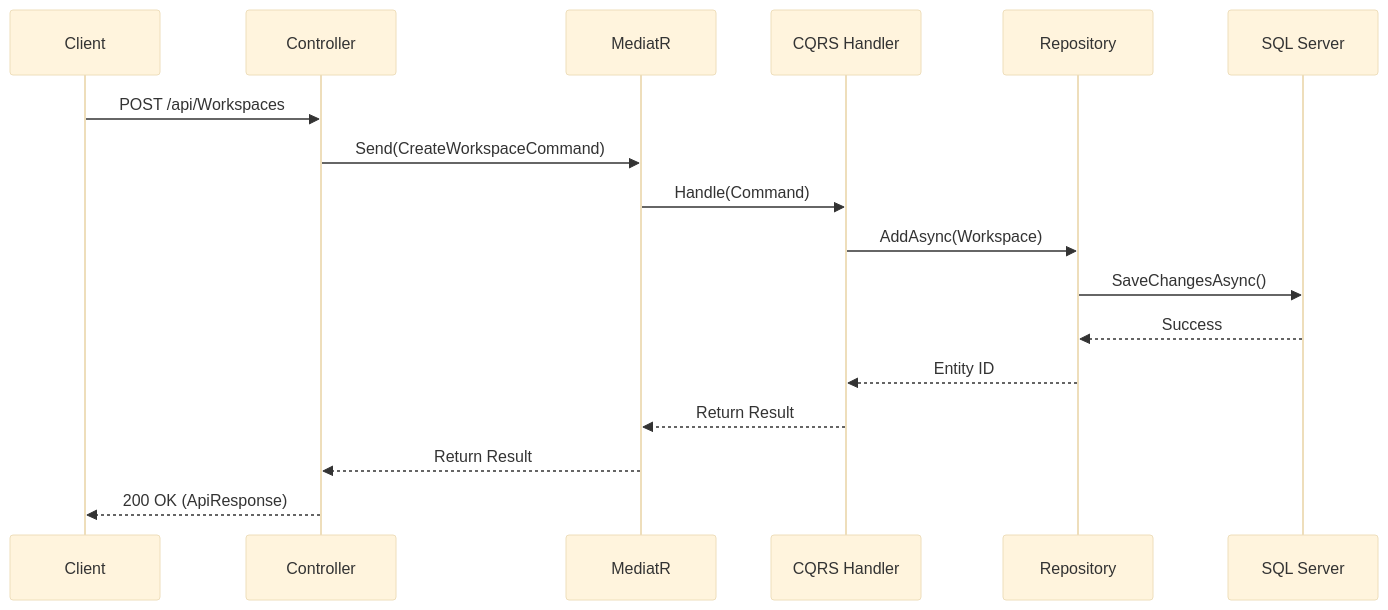
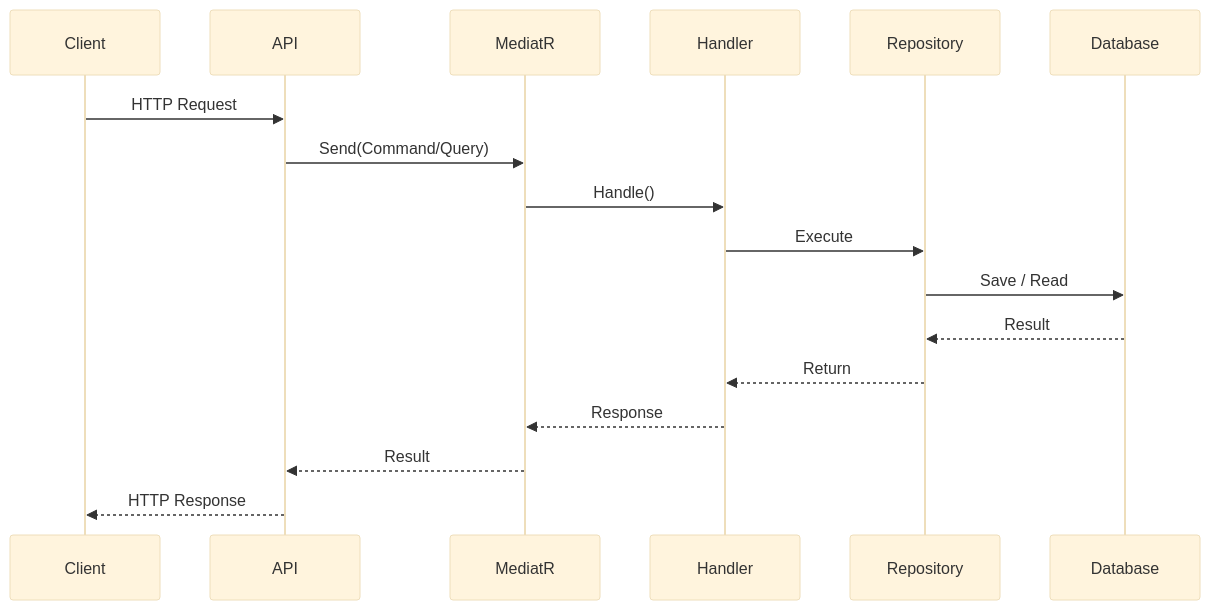
One commit to MuhammadBilal64/DevFlow changed the fourth of 4 diagrams in README.md. Above: the diagram before and after it, drawn with Mermaid (base theme). The commit also changed other lines of this file, not shown here.

````diff
--- a/README.md
+++ b/README.md
@@ -169,20 +318,35 @@
 ```mermaid
 sequenceDiagram
-    participant Client
-    participant API as Controller
-    participant MediatR
-    participant Handler as CQRS Handler
-    participant Repo as Repository
-    participant DB as SQL Server
-    
-    Client->>API: POST /api/Workspaces
-    API->>MediatR: Send(CreateWorkspaceCommand)
-    MediatR->>Handler: Handle(Command)
-    Handler->>Repo: AddAsync(Workspace)
-    Repo->>DB: SaveChangesAsync()
-    DB-->>Repo: Success
-    Repo-->>Handler: Entity ID
-    Handler-->>MediatR: Return Result
-    MediatR-->>API: Return Result
-    API-->>Client: 200 OK (ApiResponse)
+
+participant Client
+
+participant API
+
+participant MediatR
+
+participant Handler
+
+participant Repository
+
+participant Database
+
+Client->>API: HTTP Request
+
+API->>MediatR: Send(Command/Query)
+
+MediatR->>Handler: Handle()
+
+Handler->>Repository: Execute
+
+Repository->>Database: Save / Read
+
+Database-->>Repository: Result
+
+Repository-->>Handler: Return
+
+Handler-->>MediatR: Response
+
+MediatR-->>API: Result
+
+API-->>Client: HTTP Response
 ```
````
